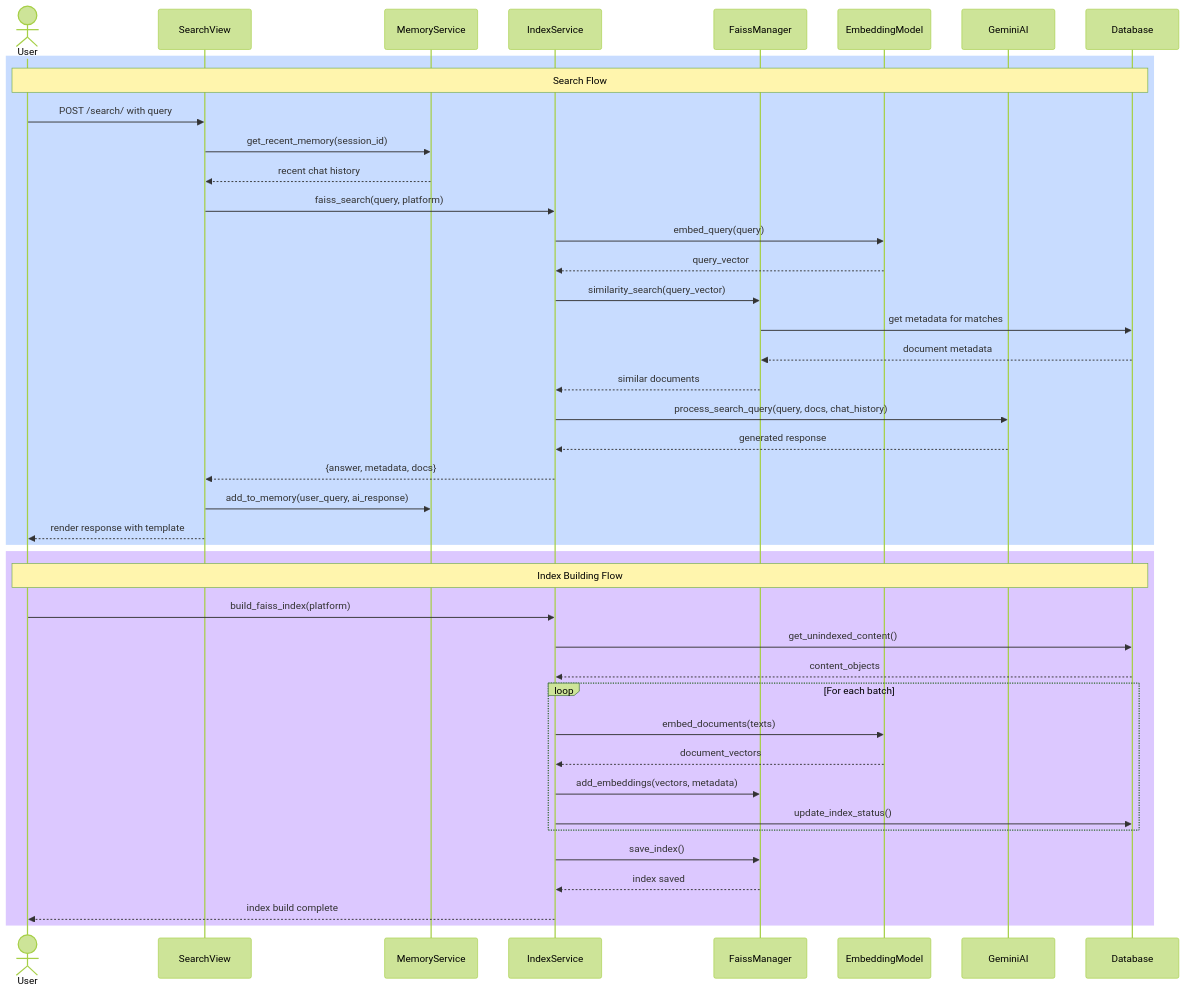
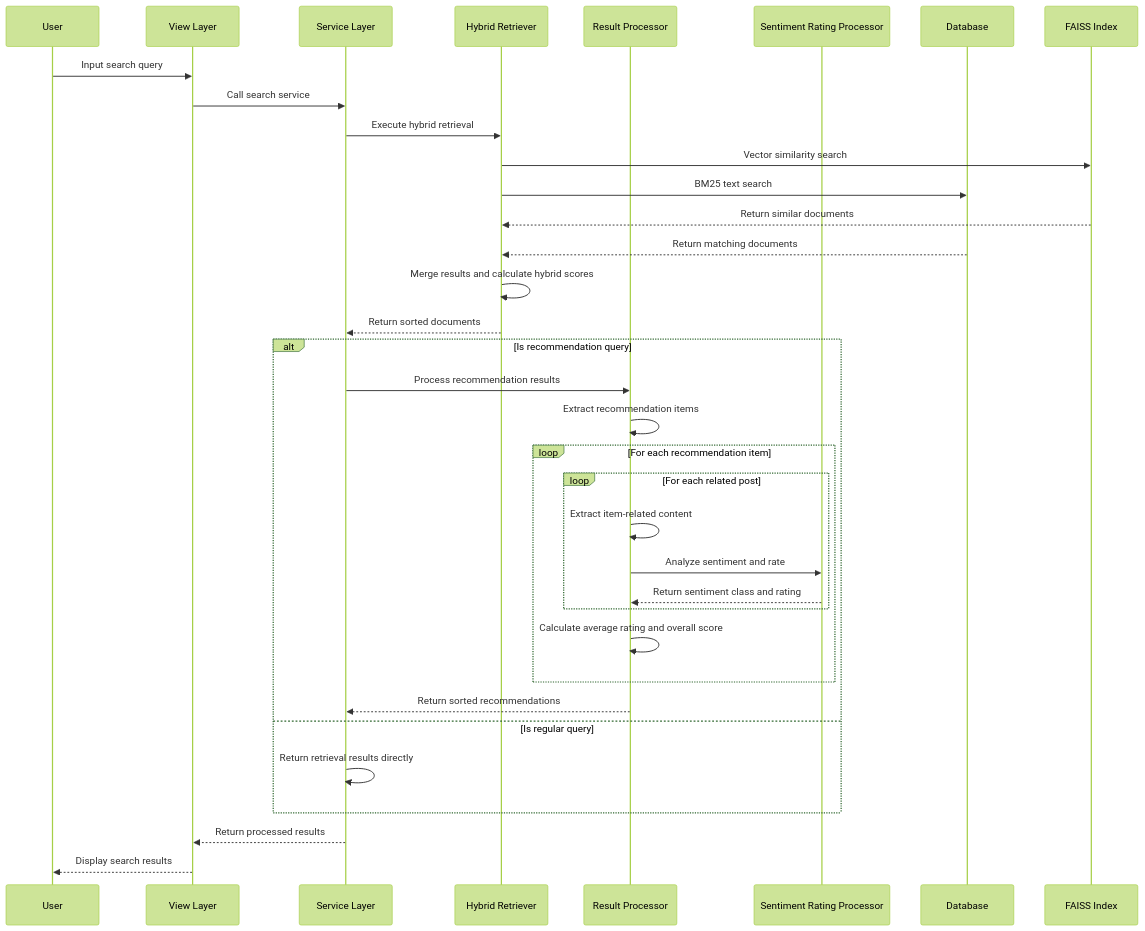
The diagram in Project/README.md (yilil/RAG-Based-User-Content-Summariser), drawn with Mermaid (forest theme) before and after one commit. The commit also changed 16 other files, not shown here.

````diff
--- a/Project/README.md
+++ b/Project/README.md
@@ -152,55 +152,40 @@
 ```mermaid
 sequenceDiagram
-    %% 主要角色定义
-    actor User
-    participant Views as SearchView
-    participant Memory as MemoryService
-    participant Index as IndexService
-    participant FAISS as FaissManager
-    participant Embed as EmbeddingModel
-    participant LLM as GeminiAI
+    participant User
+    participant View as View Layer
+    participant Service as Service Layer
+    participant Retriever as Hybrid Retriever
+    participant Processor as Result Processor
+    participant RatingProcessor as Sentiment Rating Processor
     participant DB as Database
+    participant FAISS as FAISS Index
 
-    %% 搜索流程
-    rect rgb(200, 220, 255)
-        Note over User,DB: Search Flow
-        User->>Views: POST /search/ with query
-        Views->>Memory: get_recent_memory(session_id)
-        Memory-->>Views: recent chat history
-        
-        Views->>Index: faiss_search(query, platform)
-        Index->>Embed: embed_query(query)
-        Embed-->>Index: query_vector
-        
-        Index->>FAISS: similarity_search(query_vector)
-        FAISS->>DB: get metadata for matches
-        DB-->>FAISS: document metadata
-        FAISS-->>Index: similar documents
-        
-        Index->>LLM: process_search_query(query, docs, chat_history)
-        LLM-->>Index: generated response
-        
-        Index-->>Views: {answer, metadata, docs}
-        Views->>Memory: add_to_memory(user_query, ai_response)
-        Views-->>User: render response with template
+    User->>View: Input search query
+    View->>Service: Call search service
+    Service->>Retriever: Execute hybrid retrieval
+    Retriever->>FAISS: Vector similarity search
+    Retriever->>DB: BM25 text search
+    FAISS-->>Retriever: Return similar documents
+    DB-->>Retriever: Return matching documents
+    Retriever->>Retriever: Merge results and calculate hybrid scores
+    Retriever-->>Service: Return sorted documents
+
+    alt Is recommendation query
+        Service->>Processor: Process recommendation results
+        Processor->>Processor: Extract recommendation items
+        loop For each recommendation item
+            loop For each related post
+                Processor->>Processor: Extract item-related content
+                Processor->>RatingProcessor: Analyze sentiment and rate
+                RatingProcessor-->>Processor: Return sentiment class and rating
+            end
+            Processor->>Processor: Calculate average rating and overall score
+        end
+        Processor-->>Service: Return sorted recommendations
+    else Is regular query
+        Service->>Service: Return retrieval results directly
     end
 
-    %% 索引构建流程
-    rect rgb(220, 200, 255)
-        Note over User,DB: Index Building Flow
-        User->>Index: build_faiss_index(platform)
-        Index->>DB: get_unindexed_content()
-        DB-->>Index: content_objects
-        
-        loop For each batch
-            Index->>Embed: embed_documents(texts)
-            Embed-->>Index: document_vectors
-            Index->>FAISS: add_embeddings(vectors, metadata)
-            Index->>DB: update_index_status()
-        end
-        
-        Index->>FAISS: save_index()
-        FAISS-->>Index: index saved
-        Index-->>User: index build complete
-    end
+    Service-->>View: Return processed results
+    View-->>User: Display search results
 ```
````
